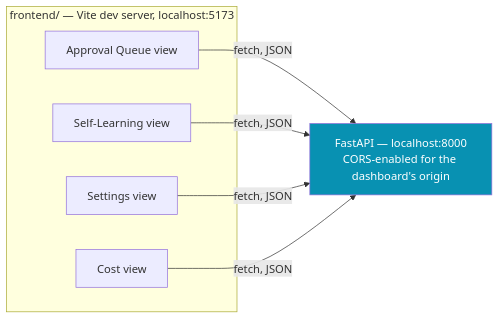
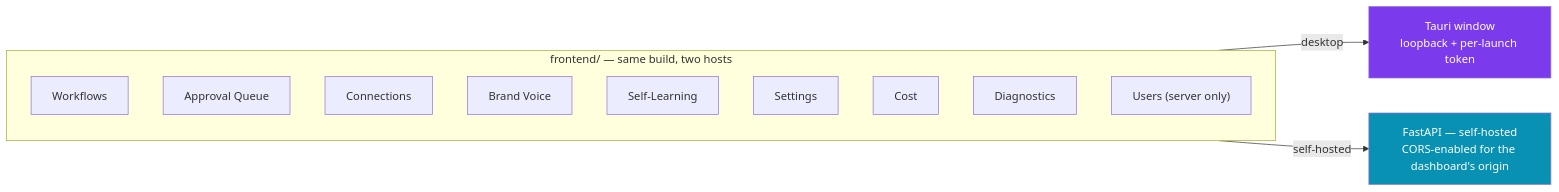
One commit to codaswin/ALM_opensourse changed the tenth of 10 diagrams in README.md. Above: the diagram before and after it, drawn with Mermaid. The commit also changed other lines of this file and 43 other files, not shown here.

````diff
--- a/README.md
+++ b/README.md
@@ -711,12 +825,20 @@
 ```mermaid
 flowchart LR
-    subgraph FE["frontend/ — Vite dev server, localhost:5173"]
-        AQ["Approval Queue view"]
-        SL["Self-Learning view"]
-        ST["Settings view"]
-        CO["Cost view"]
+    subgraph FE["frontend/ — same build, two hosts"]
+        WF["Workflows"]
+        AQ["Approval Queue"]
+        CN["Connections"]
+        BV["Brand Voice"]
+        SL["Self-Learning"]
+        ST["Settings"]
+        CO["Cost"]
+        DG["Diagnostics"]
+        US["Users (server only)"]
     end
-    API["FastAPI — localhost:8000<br/>CORS-enabled for the dashboard's origin"]
-    AQ & SL & ST & CO -->|fetch, JSON| API
+    Tauri["Tauri window<br/>loopback + per-launch token"]
+    API["FastAPI — self-hosted<br/>CORS-enabled for the dashboard's origin"]
+    FE -->|desktop| Tauri
+    FE -->|self-hosted| API
     style API fill:#0891b2,color:#fff
+    style Tauri fill:#7c3aed,color:#fff
 ```
````
